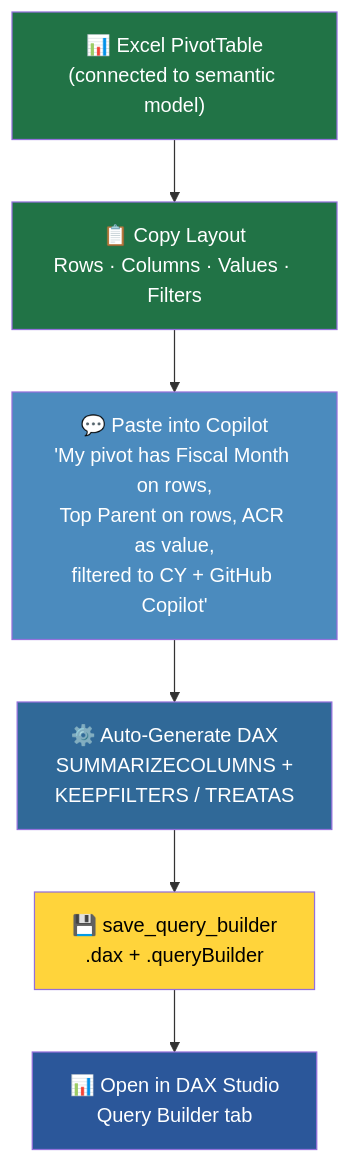
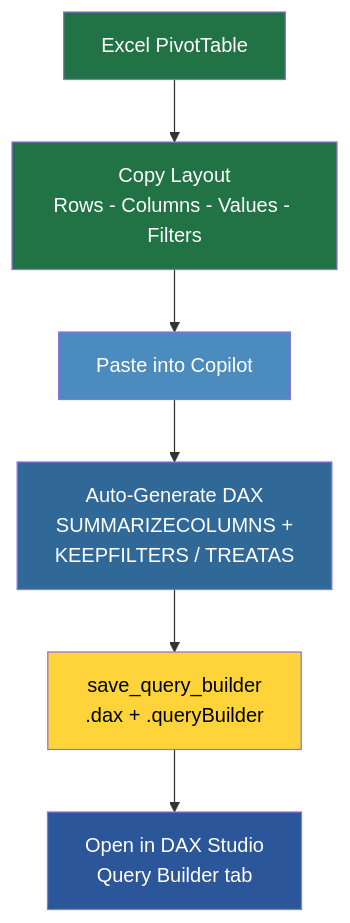
Before and after one commit to wes-stone/dax-query-mcp: the second of 3 diagrams in README.md, drawn with Mermaid. The commit also changed other lines of this file, not shown here.

First line of the commit message:
fix mermaid diagrams: remove emojis and special chars

````diff
--- a/README.md
+++ b/README.md
@@ -284,15 +284,15 @@
 ```mermaid
 flowchart TD
-    A["📊 Excel PivotTable\n(connected to semantic model)"] --> B["📋 Copy Layout\nRows · Columns · Values · Filters"]
-    B --> C["💬 Paste into Copilot\n'My pivot has Fiscal Month on rows,\nTop Parent on rows, ACR as value,\nfiltered to CY + GitHub Copilot'"]
-    C --> D["⚙️ Auto-Generate DAX\nSUMMARIZECOLUMNS +\nKEEPFILTERS / TREATAS"]
-    D --> E["💾 save_query_builder\n.dax + .queryBuilder"]
-    E --> F["📊 Open in DAX Studio\nQuery Builder tab"]
+    A["Excel PivotTable"] --> B["Copy Layout\nRows - Columns - Values - Filters"]
+    B --> C["Paste into Copilot"]
+    C --> D["Auto-Generate DAX\nSUMMARIZECOLUMNS +\nKEEPFILTERS / TREATAS"]
+    D --> E["save_query_builder\n.dax + .queryBuilder"]
+    E --> F["Open in DAX Studio\nQuery Builder tab"]
 
     style A fill:#217346,color:#fff
     style B fill:#217346,color:#fff
     style C fill:#4B8BBE,color:#fff
     style D fill:#306998,color:#fff
     style E fill:#FFD43B,color:#000
     style F fill:#2B579A,color:#fff
 ```
````
